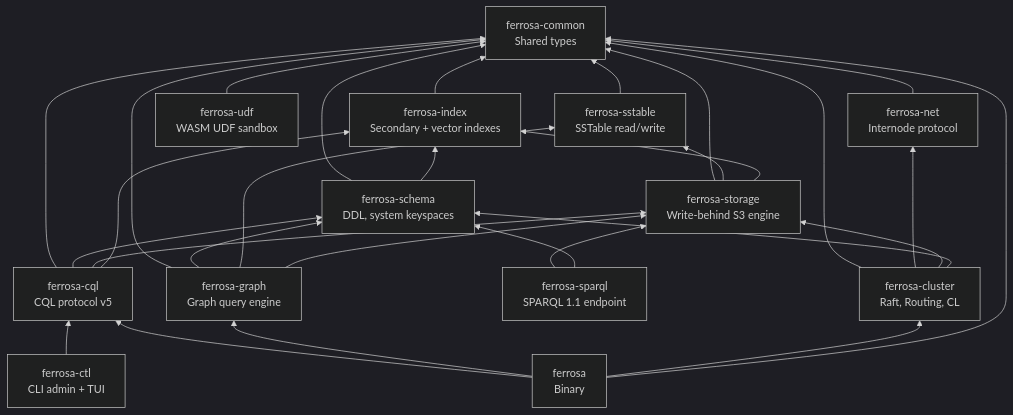
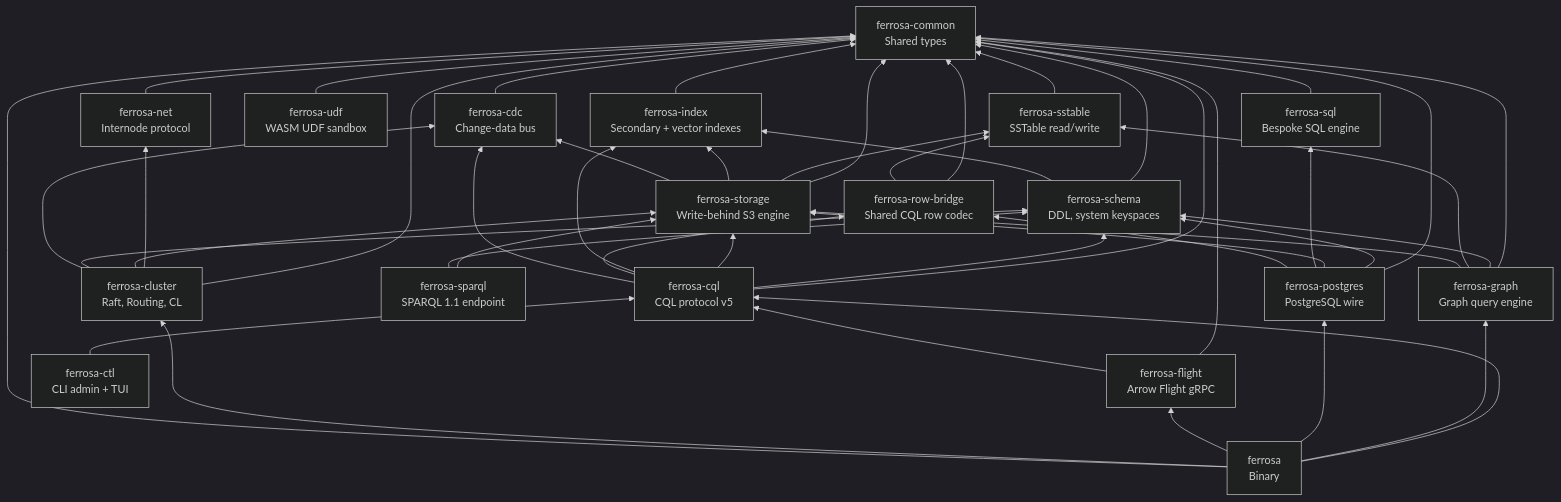
Before and after one commit to ferrosadb/ferrosa: the first of 2 diagrams in specs/reference/components.md, drawn with Mermaid (dark theme). The commit also changed other lines of this file and 3 other files, not shown here.

First line of the commit message:
docs(architect): reconcile reference architecture with current crate set + client surfaces

````diff
--- a/specs/reference/components.md
+++ b/specs/reference/components.md
@@ -12,45 +12,67 @@
 ```mermaid
 graph BT
     Common[ferrosa-common<br/>Shared types]
     SST[ferrosa-sstable<br/>SSTable read/write]
     Index[ferrosa-index<br/>Secondary + vector indexes]
     UDF[ferrosa-udf<br/>WASM UDF sandbox]
     Net[ferrosa-net<br/>Internode protocol]
     Storage[ferrosa-storage<br/>Write-behind S3 engine]
     Schema[ferrosa-schema<br/>DDL, system keyspaces]
     CQL[ferrosa-cql<br/>CQL protocol v5]
     Graph[ferrosa-graph<br/>Graph query engine]
     SPARQL[ferrosa-sparql<br/>SPARQL 1.1 endpoint]
+    PG[ferrosa-postgres<br/>PostgreSQL wire]
+    SQLEng[ferrosa-sql<br/>Bespoke SQL engine]
+    RowBridge[ferrosa-row-bridge<br/>Shared CQL row codec]
+    Flight[ferrosa-flight<br/>Arrow Flight gRPC]
+    CDC[ferrosa-cdc<br/>Change-data bus]
     Cluster[ferrosa-cluster<br/>Raft, Routing, CL]
     Ctl[ferrosa-ctl<br/>CLI admin + TUI]
     Bin[ferrosa<br/>Binary]
 
     SST --> Common
     Index --> Common
     UDF --> Common
     Net --> Common
     Storage --> Common
     Storage --> SST
     Storage --> Index
     Schema --> Common
     Schema --> Index
     CQL --> Common
     CQL --> Schema
     CQL --> Storage
     CQL --> Index
     Graph --> Common
     Graph --> Schema
     SPARQL --> Storage
     SPARQL --> Schema
     Graph --> SST
     Graph --> Storage
     Cluster --> Common
     Cluster --> Net
     Cluster --> Storage
     Cluster --> Schema
     Ctl --> CQL
+    SQLEng --> Common
+    RowBridge --> Common
+    RowBridge --> SST
+    CQL --> RowBridge
+    PG --> Common
+    PG --> Schema
+    PG --> Storage
+    PG --> SQLEng
+    PG --> RowBridge
+    Flight --> Common
+    Flight --> CQL
+    CDC --> Common
+    Storage --> CDC
+    Cluster --> CDC
+    CQL --> CDC
     Bin --> CQL
     Bin --> Graph
+    Bin --> PG
+    Bin --> Flight
     Bin --> Cluster
     Bin --> Common
 ```
````
